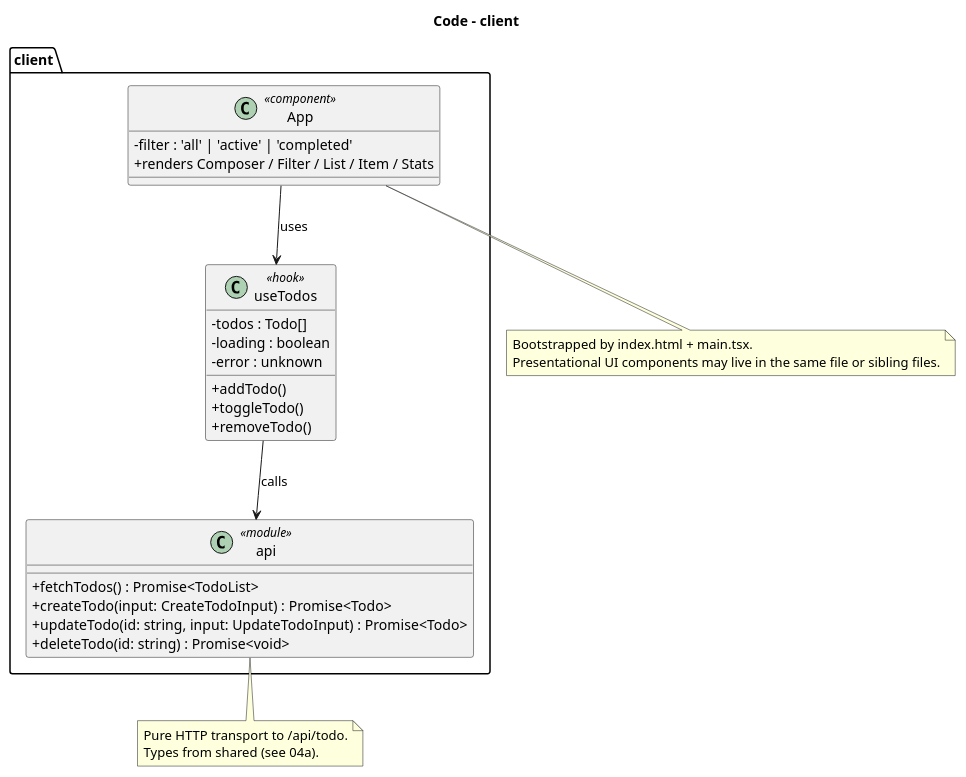
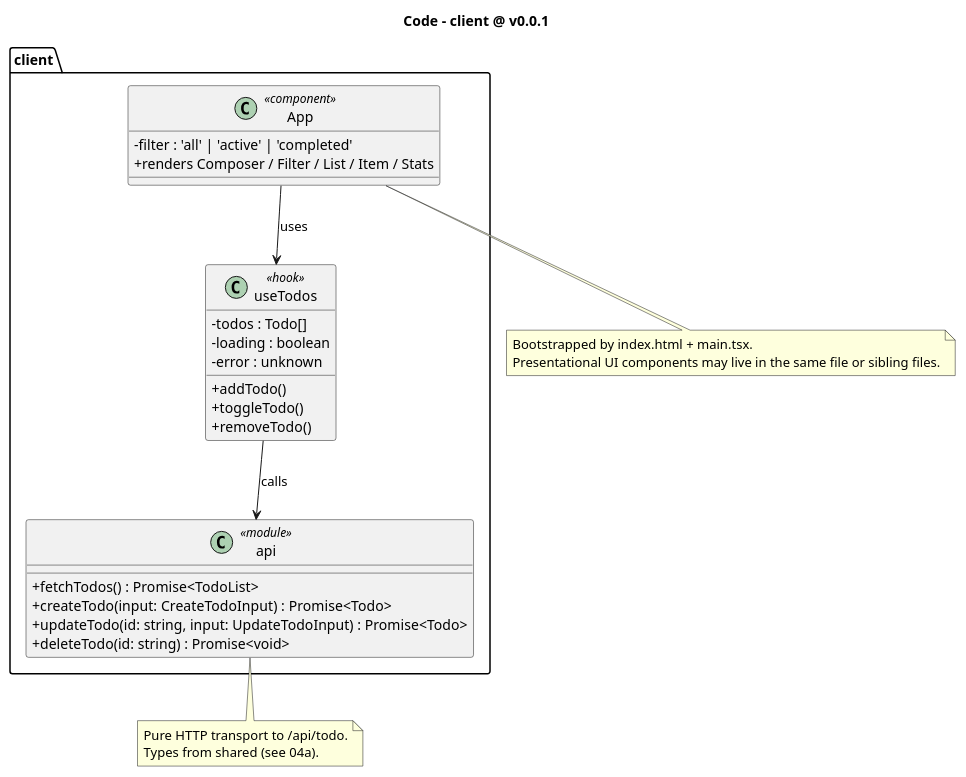
One commit to MemoryIt/todo changed the diagram in docs/architecture/diagrams/04c-code-client.puml. Above: the diagram before and after it, drawn with PlantUML. The commit also changed 10 other files, not shown here.

Commit message:
docs(diagrams): add the v0.0.1 version anchor to diagram titles

```diff
--- a/docs/architecture/diagrams/04c-code-client.puml
+++ b/docs/architecture/diagrams/04c-code-client.puml
@@ -1,41 +1,41 @@
 @startuml
-title Code - client
+title Code - client @ v0.0.1
 skinparam classAttributeIconSize 0
 
 package "client" {
   class api <<module>> {
     +fetchTodos() : Promise<TodoList>
     +createTodo(input: CreateTodoInput) : Promise<Todo>
     +updateTodo(id: string, input: UpdateTodoInput) : Promise<Todo>
     +deleteTodo(id: string) : Promise<void>
   }
 
   class useTodos <<hook>> {
     -todos : Todo[]
     -loading : boolean
     -error : unknown
     +addTodo()
     +toggleTodo()
     +removeTodo()
   }
 
   class App <<component>> {
     -filter : 'all' | 'active' | 'completed'
     +renders Composer / Filter / List / Item / Stats
   }
 }
 
 useTodos --> api : calls
 App --> useTodos : uses
 
 note bottom of api
   Pure HTTP transport to /api/todo.
   Types from shared (see 04a).
 end note
 
 note bottom of App
   Bootstrapped by index.html + main.tsx.
   Presentational UI components may live in the same file or sibling files.
 end note
 
 @enduml
```
